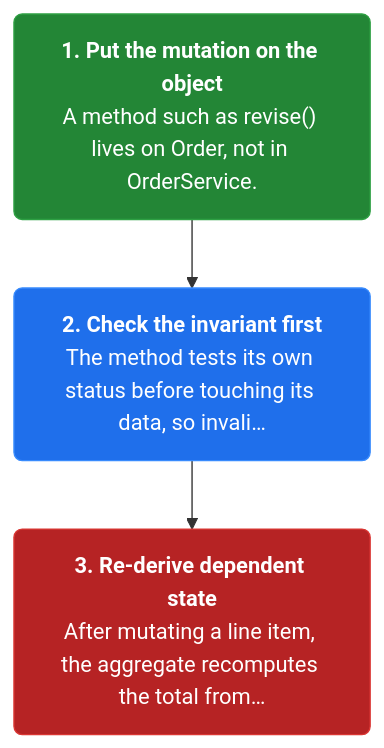
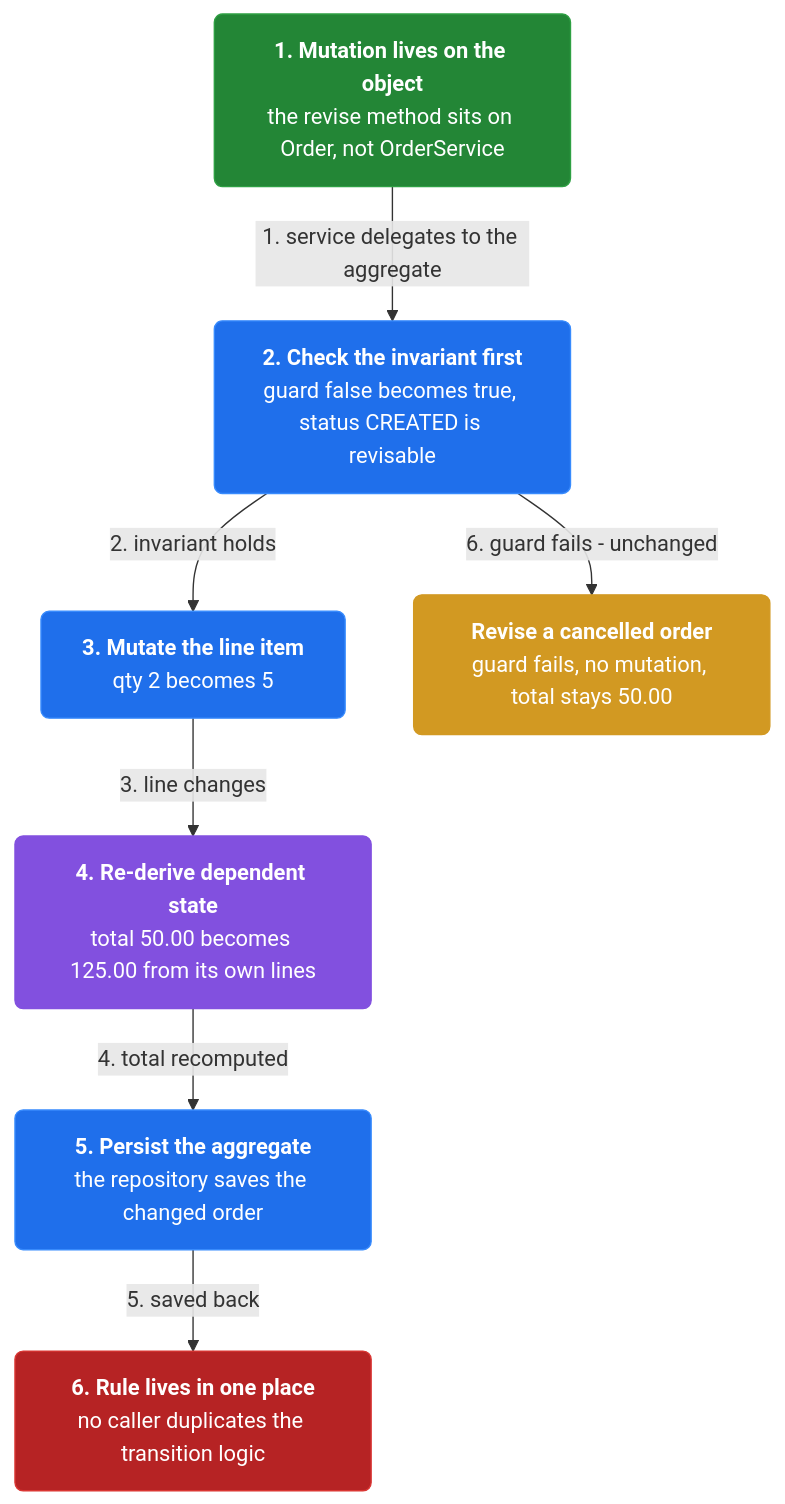
The second of 4 diagrams in docs/ch18-domain-model.md (vinayakuber/microservices-io-study-guide), drawn with Mermaid before and after one commit. The commit also changed other lines of this file and 46 other files, not shown here.

First line of the commit message:
Author rich branching flow diagrams for all 44 chapters

````diff
--- a/docs/ch18-domain-model.md
+++ b/docs/ch18-domain-model.md
@@ -53,11 +63,21 @@
 ```mermaid
 flowchart TD
-  classDef step fill:#1f6feb,color:#ffffff,stroke:#388bfd,stroke-width:1px,rx:6
+  classDef step fill:#1f6feb,color:#ffffff,stroke:#388bfd,rx:6
+  classDef core fill:#8250df,color:#ffffff,stroke:#8250df,rx:6
+  classDef warn fill:#d29922,color:#ffffff,stroke:#d29922,rx:6
   classDef start fill:#238636,color:#ffffff,stroke:#2ea043,rx:6
   classDef stop fill:#b62324,color:#ffffff,stroke:#da3633,rx:6
-  s1n0["<b>1. Put the mutation on the object</b><br/>A method such as revise() lives on Order, not in OrderService."]:::start
-  s1n1["<b>2. Check the invariant first</b><br/>The method tests its own status before touching its data, so invali…"]:::step
-  s1n2["<b>3. Re-derive dependent state</b><br/>After mutating a line item, the aggregate recomputes the total from…"]:::stop
-  s1n0 --> s1n1
-  s1n1 --> s1n2
+  n0["<b>1. Mutation lives on the object</b><br/>the revise method sits on Order, not OrderService"]:::start
+  n1["<b>2. Check the invariant first</b><br/>guard false becomes true, status CREATED is revisable"]:::step
+  n2["<b>3. Mutate the line item</b><br/>qty 2 becomes 5"]:::step
+  n3["<b>4. Re-derive dependent state</b><br/>total 50.00 becomes 125.00 from its own lines"]:::core
+  n4["<b>5. Persist the aggregate</b><br/>the repository saves the changed order"]:::step
+  n5["<b>6. Rule lives in one place</b><br/>no caller duplicates the transition logic"]:::stop
+  n6["<b>Revise a cancelled order</b><br/>guard fails, no mutation, total stays 50.00"]:::warn
+  n0 -->|"1. service delegates to the aggregate"| n1
+  n1 -->|"2. invariant holds"| n2
+  n2 -->|"3. line changes"| n3
+  n3 -->|"4. total recomputed"| n4
+  n4 -->|"5. saved back"| n5
+  n1 -->|"6. guard fails - unchanged"| n6
 ```
````
